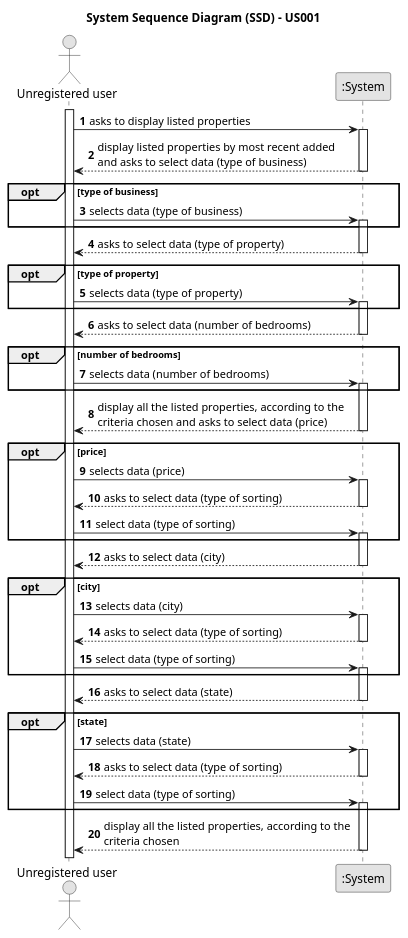
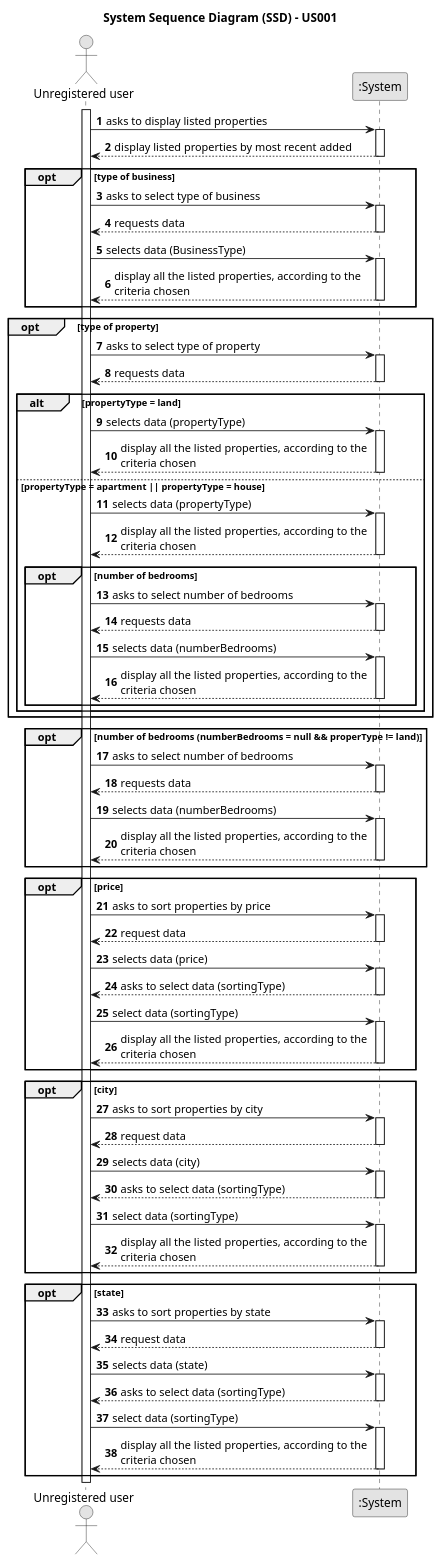
The diagram in docs/sprintB/us001/01.requirements-engineering/puml/us001-system-sequence-diagram.puml (rita-barbosa/LAPR2-2223), drawn with PlantUML before and after one commit. The commit also changed 1 other file, not shown here.

Commit message:
Update System Sequence Diagram [US001][Requirements Engineering].

```diff
--- a/docs/sprintB/us001/01.requirements-engineering/puml/us001-system-sequence-diagram.puml
+++ b/docs/sprintB/us001/01.requirements-engineering/puml/us001-system-sequence-diagram.puml
@@ -1,88 +1,159 @@
 @startuml
 skinparam monochrome true
 skinparam packageStyle rectangle
 skinparam shadowing false
 
 title System Sequence Diagram (SSD) - US001
 
 autonumber
 
 actor "Unregistered user" as User
 participant ":System" as System
 
 activate User
 
     User -> System : asks to display listed properties
     activate System
 
-    System --> User : display listed properties by most recent added \nand asks to select data (type of business)
+    System --> User : display listed properties by most recent added
     deactivate System
 
     opt type of business
-        User -> System : selects data (type of business)
+
+        User -> System : asks to select type of business
         activate System
+
+        System --> User : requests data
+        deactivate System
+
+        User -> System : selects data (BusinessType)
+        activate System
+
+        System --> User : display all the listed properties, according to the \ncriteria chosen
+        deactivate System
     end
 
-    System --> User : asks to select data (type of property)
+
+    opt type of property
+
+        User -> System : asks to select type of property
+        activate System
+
+        System --> User : requests data
         deactivate System
 
-    opt type of property
-        User -> System : selects data (type of property)
+        alt propertyType = land
+
+        User -> System : selects data (propertyType)
         activate System
+
+        System --> User : display all the listed properties, according to the \ncriteria chosen
+        deactivate System
+
+        else propertyType = apartment || propertyType = house
+
+         User -> System : selects data (propertyType)
+         activate System
+
+         System --> User : display all the listed properties, according to the \ncriteria chosen
+         deactivate System
+
+         opt number of bedrooms
+
+         User -> System : asks to select number of bedrooms
+         activate System
+
+         System --> User : requests data
+         deactivate System
+
+         User -> System : selects data (numberBedrooms)
+         activate System
+
+         System --> User : display all the listed properties, according to the \ncriteria chosen
+         deactivate System
+
+         end
+
+        end
+
     end
 
-    System --> User : asks to select data (number of bedrooms)
+    opt number of bedrooms (numberBedrooms = null && properType != land)
+
+        User -> System : asks to select number of bedrooms
+        activate System
+
+        System --> User : requests data
         deactivate System
 
-    opt number of bedrooms
-        User -> System : selects data (number of bedrooms)
+        User -> System : selects data (numberBedrooms)
         activate System
+
+        System --> User : display all the listed properties, according to the \ncriteria chosen
+        deactivate System
+
     end
 
-    System --> User : display all the listed properties, according to the \ncriteria chosen and asks to select data (price)
+    opt price
+
+        User -> System : asks to sort properties by price
+        activate System
+
+        System --> User : request data
         deactivate System
 
-    opt price
-       User -> System : selects data (price)
-       activate System
+        User -> System : selects data (price)
+        activate System
 
-       System --> User :  asks to select data (type of sorting)
-       deactivate System
+        System --> User :  asks to select data (sortingType)
+        deactivate System
 
-       User -> System : select data (type of sorting)
-       activate System
+        User -> System : select data (sortingType)
+        activate System
+
+        System --> User : display all the listed properties, according to the \ncriteria chosen
+        deactivate System
     end
 
-    System --> User : asks to select data (city)
+    opt city
+        User -> System : asks to sort properties by city
+        activate System
+
+        System --> User : request data
         deactivate System
 
-    opt city
-       User -> System : selects data (city)
-       activate System
+        User -> System : selects data (city)
+        activate System
 
-       System --> User :  asks to select data (type of sorting)
-       deactivate System
+        System --> User :  asks to select data (sortingType)
+        deactivate System
 
-       User -> System : select data (type of sorting)
-       activate System
+        User -> System : select data (sortingType)
+        activate System
+
+        System --> User : display all the listed properties, according to the \ncriteria chosen
+        deactivate System
     end
 
-    System --> User : asks to select data (state)
+    opt state
+        User -> System : asks to sort properties by state
+        activate System
+
+        System --> User : request data
         deactivate System
 
-    opt state
-       User -> System : selects data (state)
-       activate System
+        User -> System : selects data (state)
+        activate System
 
-       System --> User :  asks to select data (type of sorting)
-       deactivate System
+        System --> User :  asks to select data (sortingType)
+        deactivate System
 
-       User -> System : select data (type of sorting)
-       activate System
+        User -> System : select data (sortingType)
+        activate System
+
+        System --> User : display all the listed properties, according to the \ncriteria chosen
+        deactivate System
     end
-
-    System --> User : display all the listed properties, according to the \ncriteria chosen
-        deactivate System
 
 
 @enduml
```
